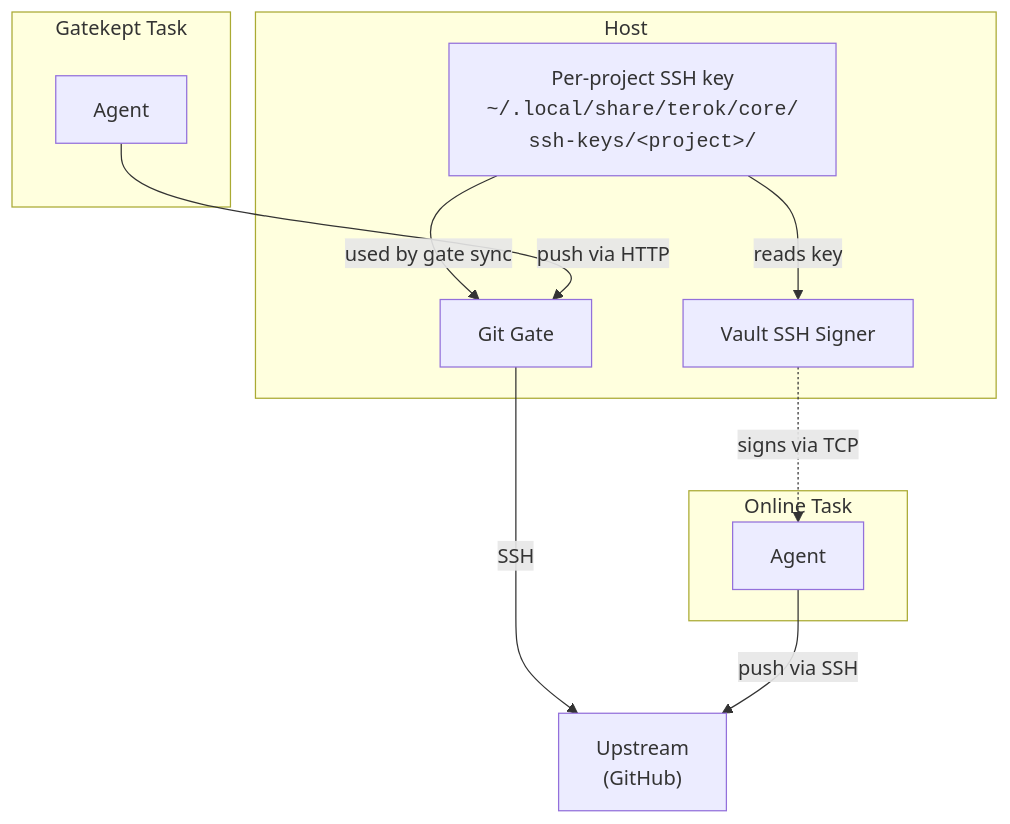
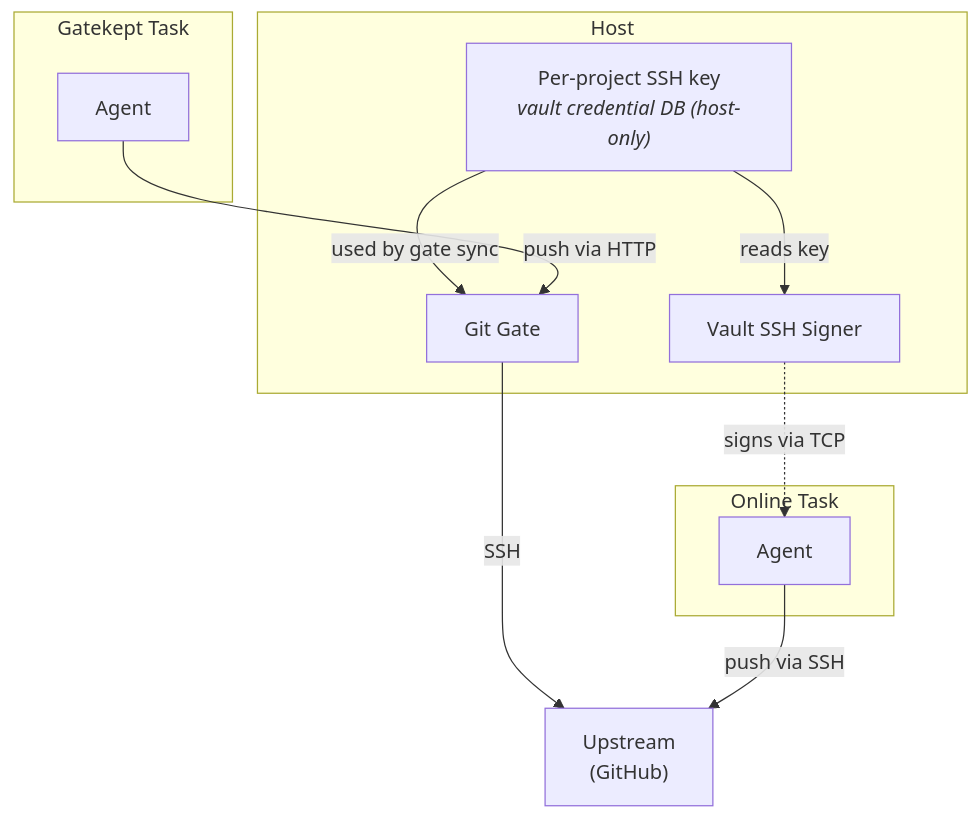
Before and after one commit to sliwowitz/terok: the sixth of 10 diagrams in docs/concepts.md, drawn with Mermaid. The commit also changed other lines of this file and 15 other files, not shown here.

````diff
--- a/docs/concepts.md
+++ b/docs/concepts.md
@@ -295,26 +300,26 @@
 ```mermaid
 graph TB
     subgraph HOST ["Host"]
-        SSH["Per-project SSH key<br/><code>~/.local/share/terok/core/<br/>ssh-keys/&lt;project&gt;/</code>"]
+        SSH["Per-project SSH key<br/><i>vault credential DB (host-only)</i>"]
         PROXY["Vault SSH Signer"]
         GATE["Git Gate"]
     end
 
     UPSTREAM["Upstream<br/>(GitHub)"]
 
     subgraph ONLINE ["Online Task"]
         AGENT_ON["Agent"]
     end
 
     subgraph GATEKEPT ["Gatekept Task"]
         AGENT_GK["Agent"]
     end
 
     SSH -- "reads key" --> PROXY
     SSH -- "used by gate sync" --> GATE
     GATE -- "SSH" --> UPSTREAM
     PROXY -. "signs via TCP" .-> AGENT_ON
     AGENT_ON -- "push via SSH" --> UPSTREAM
     AGENT_GK -- "push via HTTP" --> GATE
 
 ```
````
